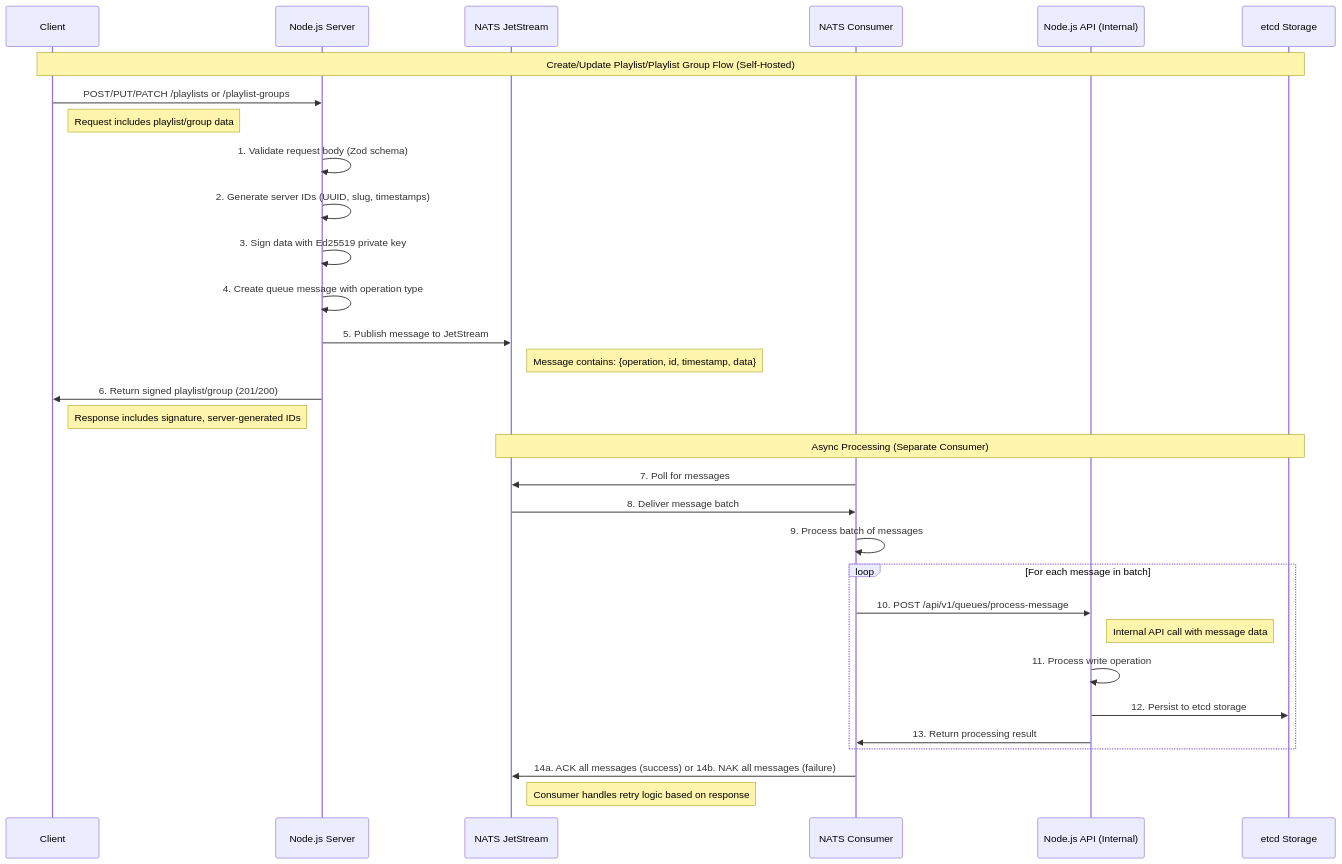
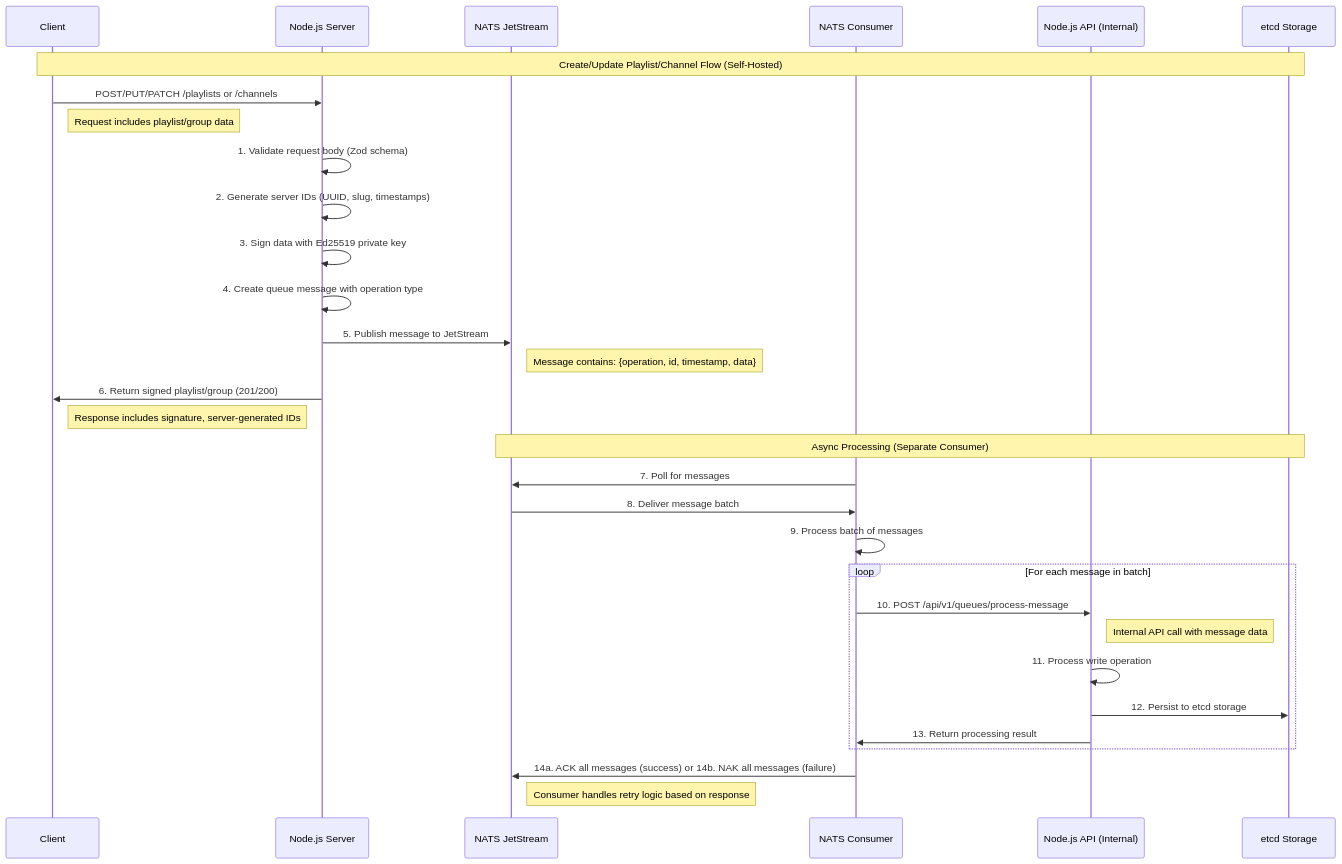
Before and after one commit to feral-file/dp1-feed: the second of 6 diagrams in DIAGRAM.md, drawn with Mermaid. The commit also changed other lines of this file and 31 other files, not shown here.

Commit message:
refactor playlist-group to channel

````diff
--- a/DIAGRAM.md
+++ b/DIAGRAM.md
@@ -71,42 +71,42 @@
 ```mermaid
 sequenceDiagram
     participant Client
     participant Node_Server as Node.js Server
     participant NATS_JS as NATS JetStream
     participant NATS_Consumer as NATS Consumer
     participant Node_API as Node.js API (Internal)
     participant ETCD as etcd Storage
 
-    Note over Client,ETCD: Create/Update Playlist/Playlist Group Flow (Self-Hosted)
+    Note over Client,ETCD: Create/Update Playlist/Channel Flow (Self-Hosted)
 
-    Client->>Node_Server: POST/PUT/PATCH /playlists or /playlist-groups
+    Client->>Node_Server: POST/PUT/PATCH /playlists or /channels
     Note right of Client: Request includes playlist/group data
 
     Node_Server->>Node_Server: 1. Validate request body (Zod schema)
     Node_Server->>Node_Server: 2. Generate server IDs (UUID, slug, timestamps)
     Node_Server->>Node_Server: 3. Sign data with Ed25519 private key
     Node_Server->>Node_Server: 4. Create queue message with operation type
 
     Node_Server->>NATS_JS: 5. Publish message to JetStream
     Note right of NATS_JS: Message contains: {operation, id, timestamp, data}
 
     Node_Server->>Client: 6. Return signed playlist/group (201/200)
     Note right of Client: Response includes signature, server-generated IDs
 
     Note over NATS_JS,ETCD: Async Processing (Separate Consumer)
 
     NATS_Consumer->>NATS_JS: 7. Poll for messages
     NATS_JS->>NATS_Consumer: 8. Deliver message batch
     NATS_Consumer->>NATS_Consumer: 9. Process batch of messages
 
     loop For each message in batch
         NATS_Consumer->>Node_API: 10. POST /api/v1/queues/process-message
         Note right of Node_API: Internal API call with message data
         Node_API->>Node_API: 11. Process write operation
         Node_API->>ETCD: 12. Persist to etcd storage
         Node_API->>NATS_Consumer: 13. Return processing result
     end
 
     NATS_Consumer->>NATS_JS: 14a. ACK all messages (success) or 14b. NAK all messages (failure)
     Note right of NATS_JS: Consumer handles retry logic based on response
 ```
````
